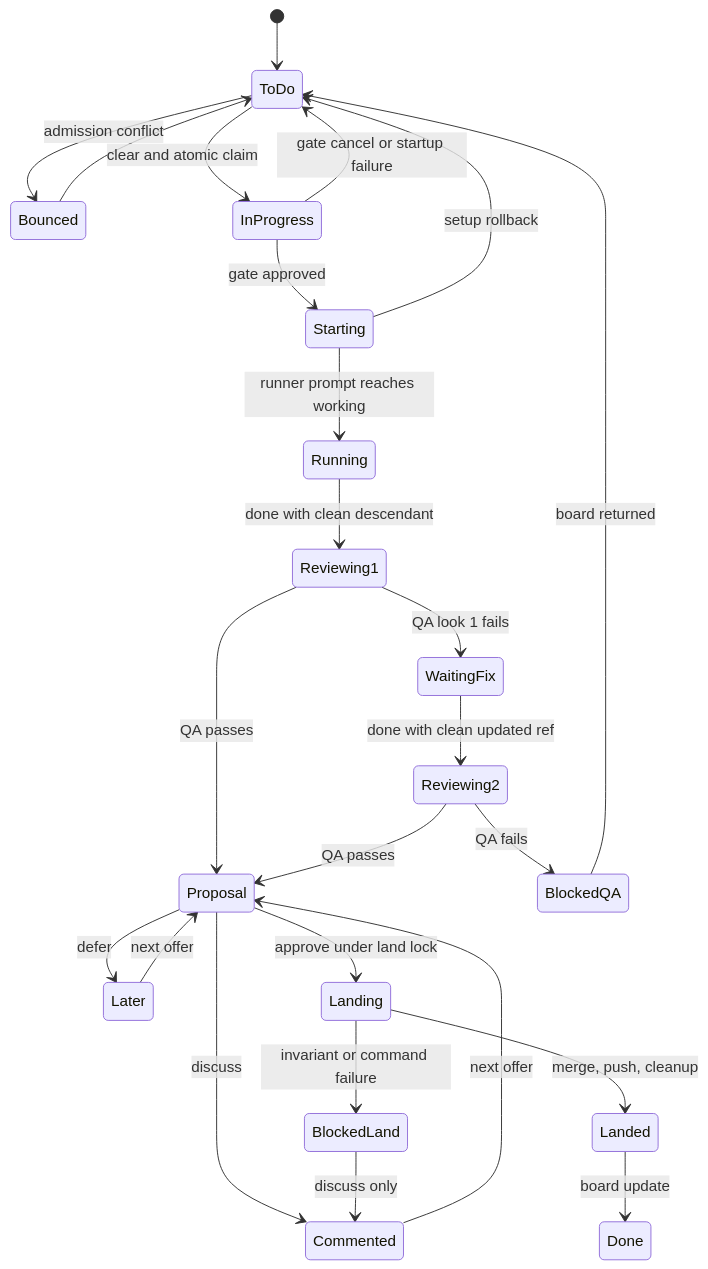
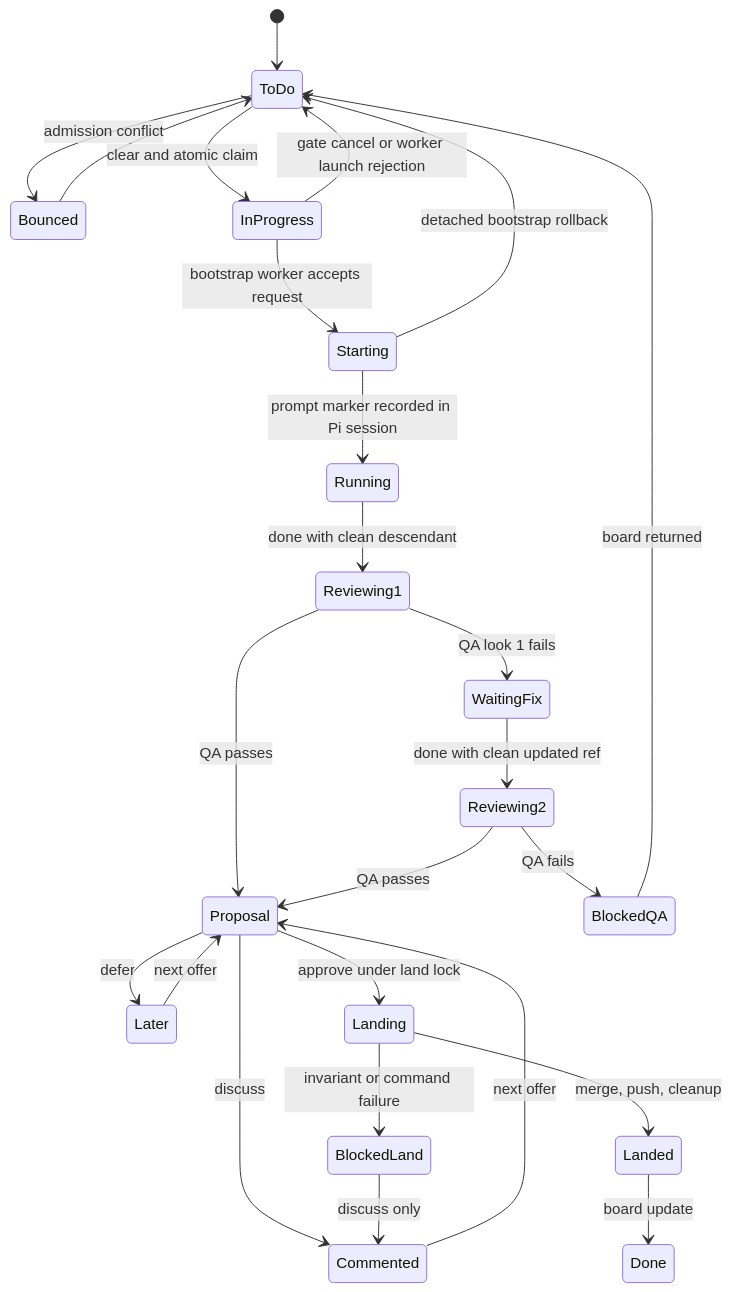
The second of 2 diagrams in openwiki/workflow/delegation-and-review.md (hypermemetic-ai/qq), drawn with Mermaid before and after one commit. The commit also changed other lines of this file and 5 other files, not shown here.

````diff
--- a/openwiki/workflow/delegation-and-review.md
+++ b/openwiki/workflow/delegation-and-review.md
@@ -125,27 +136,27 @@
 ```mermaid
 stateDiagram-v2
     [*] --> ToDo
     ToDo --> Bounced: admission conflict
     Bounced --> ToDo
     ToDo --> InProgress: clear and atomic claim
-    InProgress --> ToDo: gate cancel or startup failure
-    InProgress --> Starting: gate approved
-    Starting --> Running: runner prompt reaches working
-    Starting --> ToDo: setup rollback
+    InProgress --> ToDo: gate cancel or worker launch rejection
+    InProgress --> Starting: bootstrap worker accepts request
+    Starting --> Running: prompt marker recorded in Pi session
+    Starting --> ToDo: detached bootstrap rollback
     Running --> Reviewing1: done with clean descendant
     Reviewing1 --> WaitingFix: QA look 1 fails
     WaitingFix --> Reviewing2: done with clean updated ref
     Reviewing1 --> Proposal: QA passes
     Reviewing2 --> Proposal: QA passes
     Reviewing2 --> BlockedQA: QA fails
     BlockedQA --> ToDo: board returned
     Proposal --> Commented: discuss
     Proposal --> Later: defer
     Commented --> Proposal: next offer
     Later --> Proposal: next offer
     Proposal --> Landing: approve under land lock
     Landing --> Landed: merge, push, cleanup
     Landing --> BlockedLand: invariant or command failure
     BlockedLand --> Commented: discuss only
     Landed --> Done: board update
 ```
````
